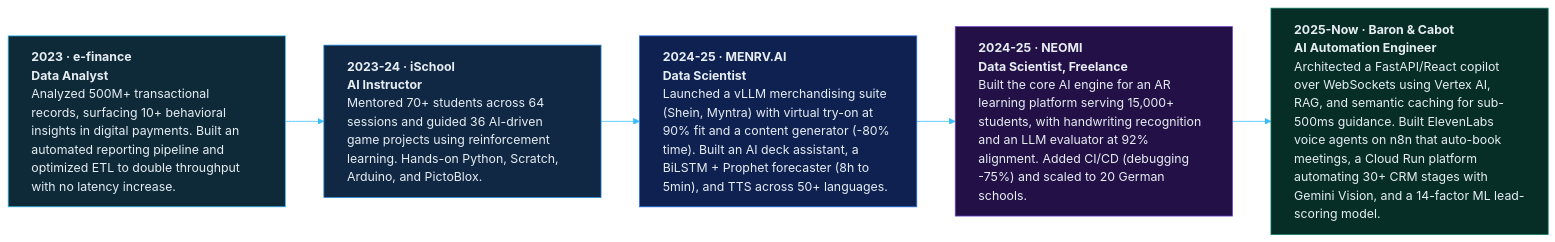
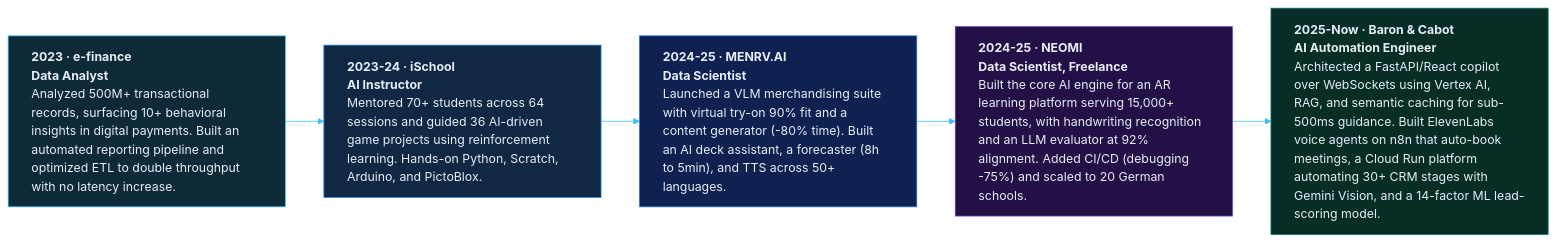
Before and after one commit to eyadelfar/eyadelfar: the first of 2 diagrams in README.md, drawn with Mermaid. The commit also changed other lines of this file, not shown here.

Commit message:
Fix resume link and refine project descriptions
Updated resume link and improved wording in project descriptions.

````diff
--- a/README.md
+++ b/README.md
@@ -76,17 +76,17 @@
 ```mermaid
 %%{init: {'theme':'base','flowchart':{'wrappingWidth':300},'themeVariables':{'fontFamily':'monospace','lineColor':'#3ABEF9'}}}%%
 flowchart LR
     E["<b>2023 · e-finance</b><br/><b>Data Analyst</b><br/>Analyzed 500M+ transactional records, surfacing 10+ behavioral insights in digital payments. Built an automated reporting pipeline and optimized ETL to double throughput with no latency increase."]:::c0
     I["<b>2023-24 · iSchool</b><br/><b>AI Instructor</b><br/>Mentored 70+ students across 64 sessions and guided 36 AI-driven game projects using reinforcement learning. Hands-on Python, Scratch, Arduino, and PictoBlox."]:::c1
-    M["<b>2024-25 · MENRV.AI</b><br/><b>Data Scientist</b><br/>Launched a vLLM merchandising suite (Shein, Myntra) with virtual try-on at 90% fit and a content generator (-80% time). Built an AI deck assistant, a BiLSTM + Prophet forecaster (8h to 5min), and TTS across 50+ languages."]:::c2
+    M["<b>2024-25 · MENRV.AI</b><br/><b>Data Scientist</b><br/>Launched a VLM merchandising suite with virtual try-on 90% fit and a content generator (-80% time). Built an AI deck assistant, a forecaster (8h to 5min), and TTS across 50+ languages."]:::c2
     N["<b>2024-25 · NEOMI</b><br/><b>Data Scientist, Freelance</b><br/>Built the core AI engine for an AR learning platform serving 15,000+ students, with handwriting recognition and an LLM evaluator at 92% alignment. Added CI/CD (debugging -75%) and scaled to 20 German schools."]:::c3
     B["<b>2025-Now · Baron & Cabot</b><br/><b>AI Automation Engineer</b><br/>Architected a FastAPI/React copilot over WebSockets using Vertex AI, RAG, and semantic caching for sub-500ms guidance. Built ElevenLabs voice agents on n8n that auto-book meetings, a Cloud Run platform automating 30+ CRM stages with Gemini Vision, and a 14-factor ML lead-scoring model."]:::c4
 
     E --> I --> M --> N --> B
 
     classDef c0 fill:#0E2A38,stroke:#3ABEF9,color:#E6EDF3,text-align:left;
     classDef c1 fill:#102844,stroke:#2D8FE0,color:#E6EDF3,text-align:left;
     classDef c2 fill:#0E2150,stroke:#1F6FEB,color:#E6EDF3,text-align:left;
     classDef c3 fill:#231047,stroke:#6E40C9,color:#E6EDF3,text-align:left;
     classDef c4 fill:#062E27,stroke:#0E7C66,color:#E6EDF3,text-align:left;
 ```
````
